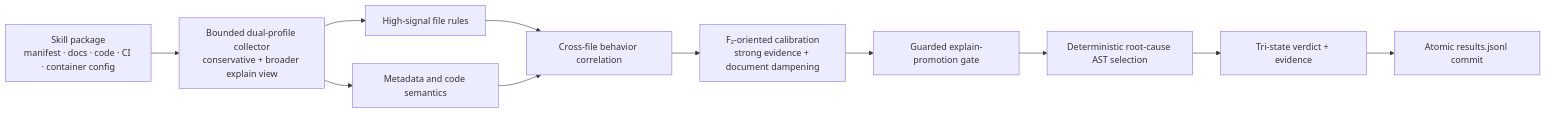
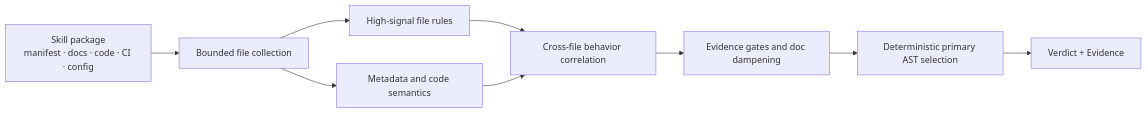
The diagram in README_EN.md (daffnjk/agent-skill-security-scanner), drawn with Mermaid before and after one commit. The commit also changed other lines of this file, not shown here.

````diff
--- a/README_EN.md
+++ b/README_EN.md
@@ -97,13 +121,11 @@
 ```mermaid
 flowchart LR
-    A["Skill package<br/>manifest · docs · code · CI · container config"] --> B["Bounded dual-profile collector<br/>conservative + broader explain view"]
+    A["Skill package<br/>manifest · docs · code · CI · config"] --> B["Bounded file collection"]
     B --> C["High-signal file rules"]
     B --> D["Metadata and code semantics"]
     C --> E["Cross-file behavior correlation"]
     D --> E
-    E --> F["F₂-oriented calibration<br/>strong evidence + document dampening"]
-    F --> G["Guarded explain-promotion gate"]
-    G --> H["Deterministic root-cause AST selection"]
-    H --> I["Tri-state verdict + evidence"]
-    I --> J["Atomic results.jsonl commit"]
+    E --> F["Evidence gates and doc dampening"]
+    F --> G["Deterministic primary AST selection"]
+    G --> H["Verdict + Evidence"]
 ```
````
